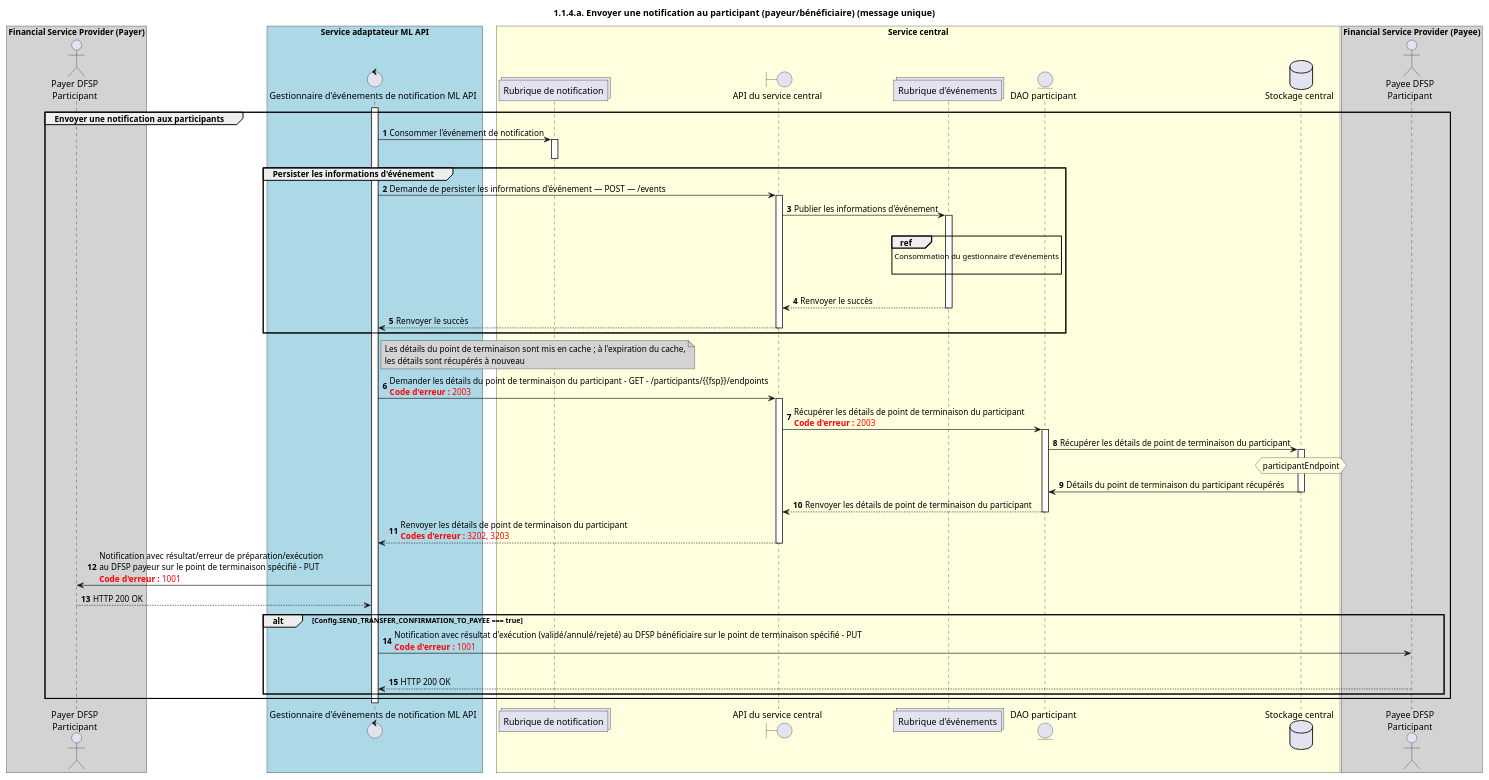
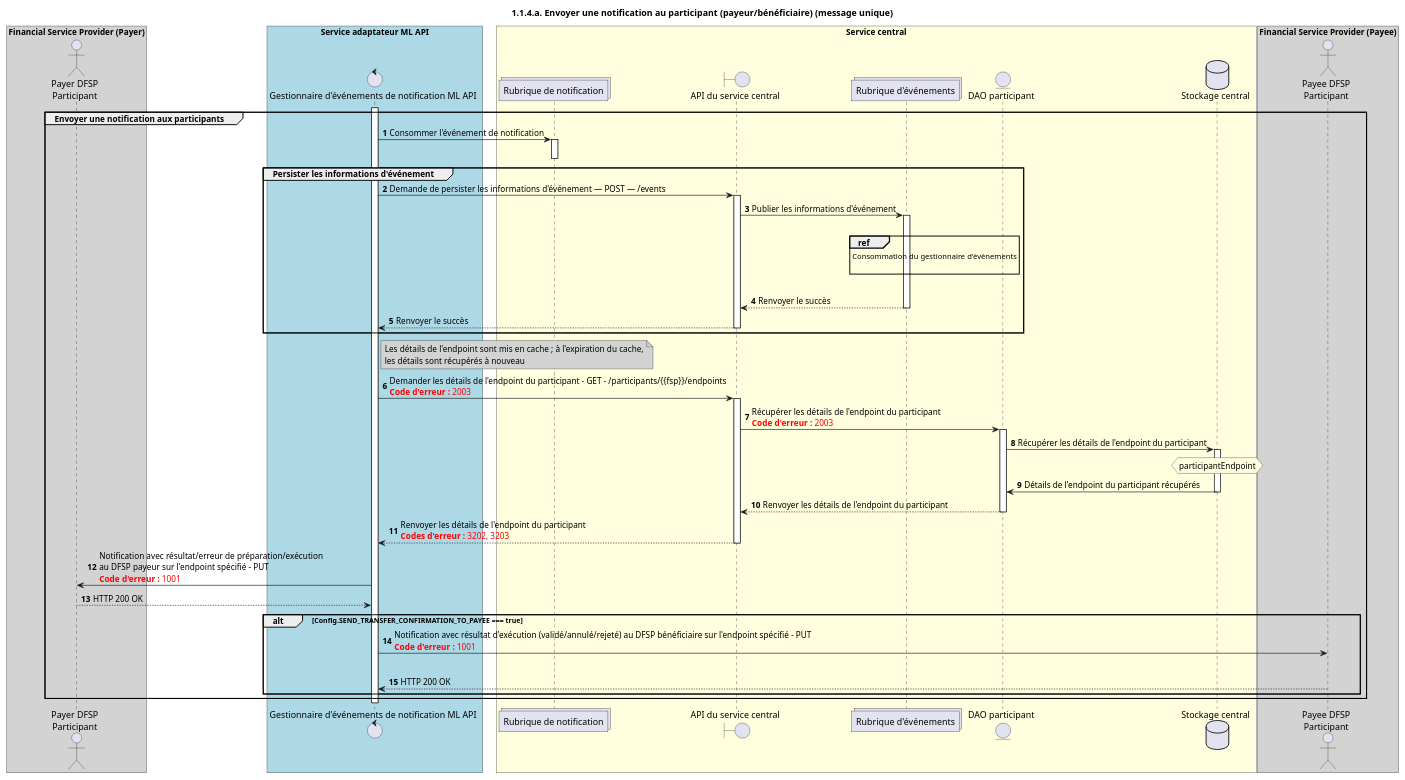
The diagram in docs/fr/technical/technical/central-ledger/assets/diagrams/sequence/seq-prepare-1.1.4.a.plantuml (mojaloop/documentation), drawn with PlantUML before and after one commit. The commit also changed 51 other files, not shown here.

```diff
--- a/docs/fr/technical/technical/central-ledger/assets/diagrams/sequence/seq-prepare-1.1.4.a.plantuml
+++ b/docs/fr/technical/technical/central-ledger/assets/diagrams/sequence/seq-prepare-1.1.4.a.plantuml
@@ -27,94 +27,94 @@
 @startuml
 ' declate title
 title 1.1.4.a. Envoyer une notification au participant (payeur/bénéficiaire) (message unique)
 
 autonumber
 
 ' Actor Keys:
 '   actor - Payer DFSP, Payee DFSP
 '   boundary - APIs/Interfaces, etc
 '   collections - Kafka Topics
 '   control - Kafka Consumers
 '   entity - Database Access Objects
 '   database - Database Persistance Store
 
 ' declare actors
 actor "Payer DFSP\nParticipant" as PAYER_DFSP
 actor "Payee DFSP\nParticipant" as PAYEE_DFSP
 control "Gestionnaire d'événements de notification ML API" as NOTIFY_HANDLER
 boundary "API du service central" as CSAPI
 collections "Rubrique de notification" as TOPIC_NOTIFICATIONS
 collections "Rubrique d'événements" as TOPIC_EVENTS
 entity "DAO participant" as PARTICIPANT_DAO
 database "Stockage central" as DB
 
 box "Financial Service Provider (Payer)" #lightGray
 	participant PAYER_DFSP
 end box
 
 box "Service adaptateur ML API" #LightBlue
 	participant NOTIFY_HANDLER
 end box
 
 box "Service central" #LightYellow
     participant TOPIC_NOTIFICATIONS
     participant CSAPI
     participant TOPIC_EVENTS
     participant PARTICIPANT_DAO
     participant DB
 end box
 
 box "Financial Service Provider (Payee)" #lightGray
 	participant PAYEE_DFSP
 end box
 
 ' start flow
 activate NOTIFY_HANDLER
 group Envoyer une notification aux participants
     TOPIC_NOTIFICATIONS <- NOTIFY_HANDLER: Consommer l'événement de notification
     activate TOPIC_NOTIFICATIONS
     deactivate TOPIC_NOTIFICATIONS
 
     group Persister les informations d'événement
         NOTIFY_HANDLER -> CSAPI: Demande de persister les informations d'événement — POST — /events
         activate CSAPI
         CSAPI -> TOPIC_EVENTS: Publier les informations d'événement
         activate TOPIC_EVENTS
         |||
         ref over TOPIC_EVENTS :  Consommation du gestionnaire d'événements\n
         |||
         TOPIC_EVENTS --> CSAPI: Renvoyer le succès
         deactivate TOPIC_EVENTS
         CSAPI --> NOTIFY_HANDLER: Renvoyer le succès
         deactivate CSAPI
     end
     note right of NOTIFY_HANDLER #lightgray
-        Les détails du point de terminaison sont mis en cache ; à l'expiration du cache,
+        Les détails de l'endpoint sont mis en cache ; à l'expiration du cache,
         les détails sont récupérés à nouveau
     end note
-    NOTIFY_HANDLER -> CSAPI: Demander les détails du point de terminaison du participant - GET - /participants/{{fsp}}/endpoints\n<color #FF0000><b>Code d'erreur :</b> 2003</color>
+    NOTIFY_HANDLER -> CSAPI: Demander les détails de l'endpoint du participant - GET - /participants/{{fsp}}/endpoints\n<color #FF0000><b>Code d'erreur :</b> 2003</color>
 
     activate CSAPI
-    CSAPI -> PARTICIPANT_DAO: Récupérer les détails de point de terminaison du participant\n<color #FF0000><b>Code d'erreur :</b> 2003</color>
+    CSAPI -> PARTICIPANT_DAO: Récupérer les détails de l'endpoint du participant\n<color #FF0000><b>Code d'erreur :</b> 2003</color>
     activate PARTICIPANT_DAO
-    PARTICIPANT_DAO -> DB: Récupérer les détails de point de terminaison du participant
+    PARTICIPANT_DAO -> DB: Récupérer les détails de l'endpoint du participant
     activate DB
     hnote over DB #lightyellow
         participantEndpoint
     end note
-    DB -> PARTICIPANT_DAO: Détails du point de terminaison du participant récupérés
+    DB -> PARTICIPANT_DAO: Détails de l'endpoint du participant récupérés
     deactivate DB
-    PARTICIPANT_DAO --> CSAPI: Renvoyer les détails de point de terminaison du participant
+    PARTICIPANT_DAO --> CSAPI: Renvoyer les détails de l'endpoint du participant
     deactivate PARTICIPANT_DAO
-    CSAPI --> NOTIFY_HANDLER: Renvoyer les détails de point de terminaison du participant\n<color #FF0000><b>Codes d'erreur :</b> 3202, 3203</color>
+    CSAPI --> NOTIFY_HANDLER: Renvoyer les détails de l'endpoint du participant\n<color #FF0000><b>Codes d'erreur :</b> 3202, 3203</color>
     deactivate CSAPI
-    NOTIFY_HANDLER -> PAYER_DFSP: Notification avec résultat/erreur de préparation/exécution \nau DFSP payeur sur le point de terminaison spécifié - PUT \n<color #FF0000><b>Code d'erreur :</b> 1001</color>
+    NOTIFY_HANDLER -> PAYER_DFSP: Notification avec résultat/erreur de préparation/exécution \nau DFSP payeur sur l'endpoint spécifié - PUT \n<color #FF0000><b>Code d'erreur :</b> 1001</color>
     NOTIFY_HANDLER <-- PAYER_DFSP: HTTP 200 OK
     alt Config.SEND_TRANSFER_CONFIRMATION_TO_PAYEE === true
-        NOTIFY_HANDLER -> PAYEE_DFSP: Notification avec résultat d'exécution (validé/annulé/rejeté) au DFSP bénéficiaire sur le point de terminaison spécifié - PUT \n<color #FF0000><b>Code d'erreur :</b> 1001</color>
+        NOTIFY_HANDLER -> PAYEE_DFSP: Notification avec résultat d'exécution (validé/annulé/rejeté) au DFSP bénéficiaire sur l'endpoint spécifié - PUT \n<color #FF0000><b>Code d'erreur :</b> 1001</color>
         |||
         NOTIFY_HANDLER <-- PAYEE_DFSP: HTTP 200 OK
     end
 end
 deactivate NOTIFY_HANDLER
 @enduml
```
